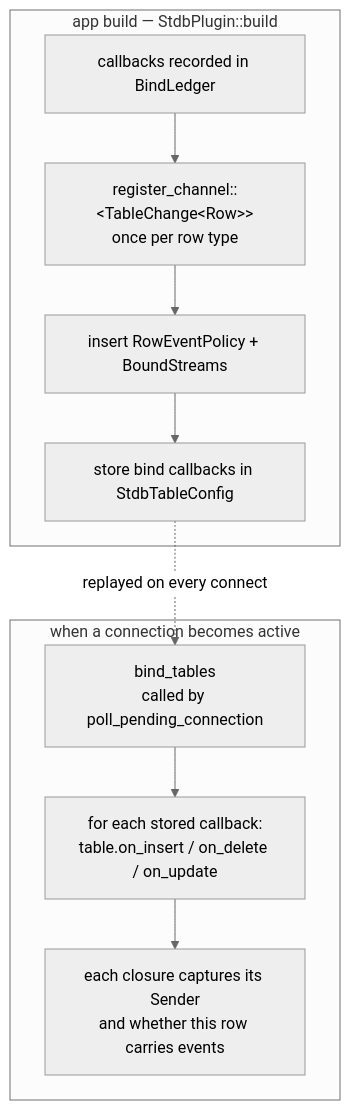
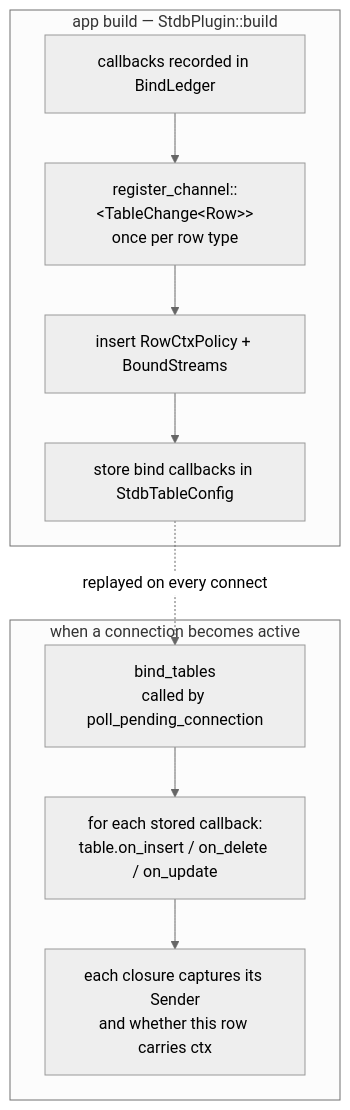
The fourth of 7 diagrams in docs/architecture.md (onx2/bevy_stdb), drawn with Mermaid (neutral theme) before and after one commit. The commit also changed other lines of this file and 14 other files, not shown here.

````diff
--- a/docs/architecture.md
+++ b/docs/architecture.md
@@ -144,19 +144,19 @@
 ```mermaid
 flowchart TB
     subgraph build["app build — StdbPlugin::build"]
         b1["callbacks recorded in BindLedger"]
         b2["register_channel::&lt;TableChange&lt;Row&gt;&gt;<br/>once per row type"]
-        b3["insert RowEventPolicy + BoundStreams"]
+        b3["insert RowCtxPolicy + BoundStreams"]
         b4["store bind callbacks in StdbTableConfig"]
     end
 
     subgraph run["when a connection becomes active"]
         r1["bind_tables<br/>called by poll_pending_connection"]
         r2["for each stored callback:<br/>table.on_insert / on_delete / on_update"]
-        r3["each closure captures its Sender<br/>and whether this row carries events"]
+        r3["each closure captures its Sender<br/>and whether this row carries ctx"]
     end
 
     b1 --> b2 --> b3 --> b4
     b4 -. "replayed on every connect" .-> r1
     r1 --> r2 --> r3
 ```
````
